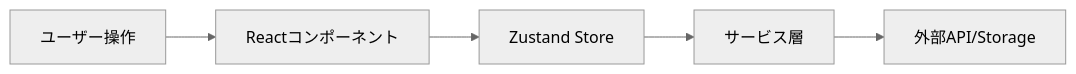
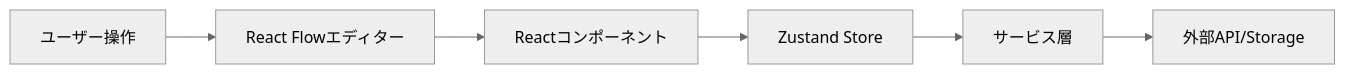
Before and after one commit to hama-jp/llm-agent-lite: the diagram in docs/QUICK_START.md, drawn with Mermaid (neutral theme). The commit also changed other lines of this file and 27 other files, not shown here.

````diff
--- a/docs/QUICK_START.md
+++ b/docs/QUICK_START.md
@@ -168,7 +176,8 @@
 ```mermaid
 graph LR
-    User[ユーザー操作] --> Component[Reactコンポーネント]
+    User[ユーザー操作] --> ReactFlow[React Flowエディター]
+    ReactFlow --> Component[Reactコンポーネント]
     Component --> Store[Zustand Store]
     Store --> Service[サービス層]
     Service --> API[外部API/Storage]
 ```
````
